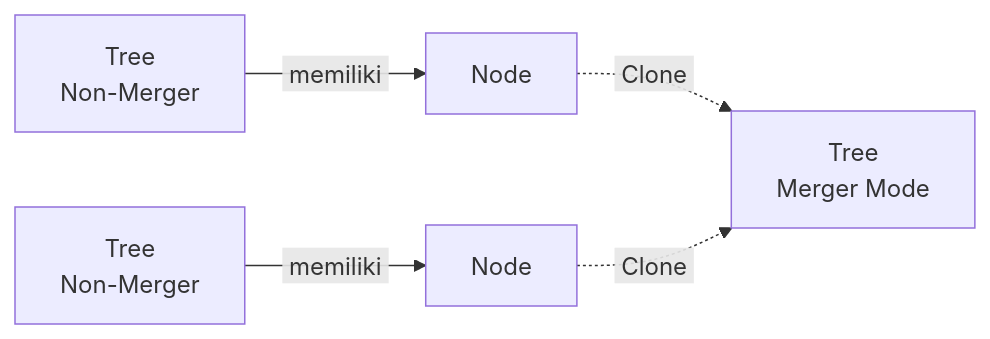
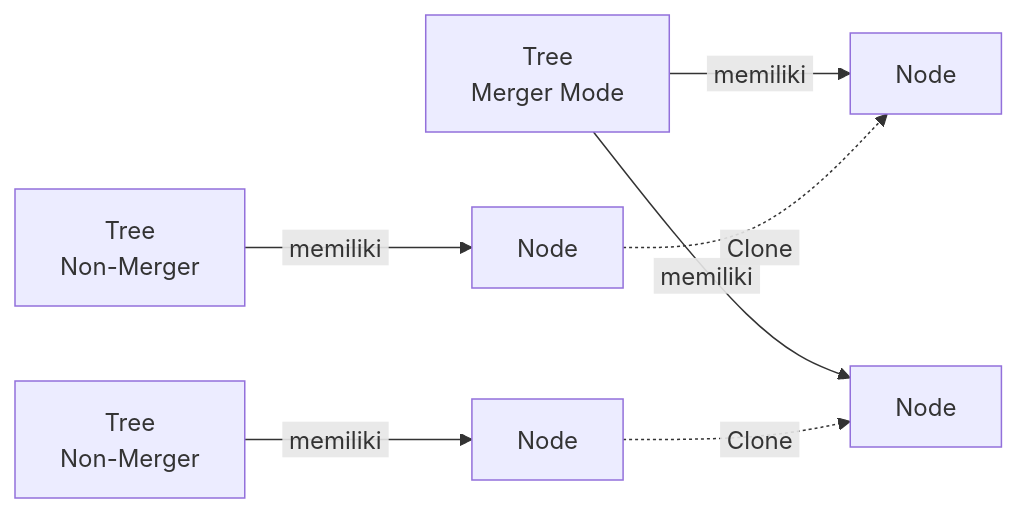
One commit to ginalne/phoenix-docs changed the first of 2 diagrams in Docs/Modul Data/Tree/Apa itu Tree.md. Above: the diagram before and after it, drawn with Mermaid. The commit also changed other lines of this file and 2 other files, not shown here.

````diff
--- a/Docs/Modul Data/Tree/Apa itu Tree.md
+++ b/Docs/Modul Data/Tree/Apa itu Tree.md
@@ -43,7 +42,9 @@
 ```mermaid
 flowchart LR
-    A["Tree<br>Non-Merger"] -->|"&nbsp;memiliki&nbsp;"| N1["Node"]
-    B["Tree<br>Non-Merger"] -->|"&nbsp;memiliki&nbsp;"| N2["Node"]
-    N1 -.->|"&nbsp;Clone&nbsp;"| M["Tree<br>Merger Mode"]
-    N2 -.->|"&nbsp;Clone&nbsp;"| M
+    M["Tree<br>Merger Mode"] -->|"&nbsp;memiliki&nbsp;"| N1["Node"]
+    M -->|"&nbsp;memiliki&nbsp;"| N4["Node"]
+    N2["Node"] -.->|"&nbsp;Clone&nbsp;"| N1
+    N3["Node"] -.->|"&nbsp;Clone&nbsp;"| N4
+    A["Tree<br>Non-Merger"] -->|"&nbsp;memiliki&nbsp;"| N2
+    B["Tree<br>Non-Merger"] -->|"&nbsp;memiliki&nbsp;"| N3
 ```
````
